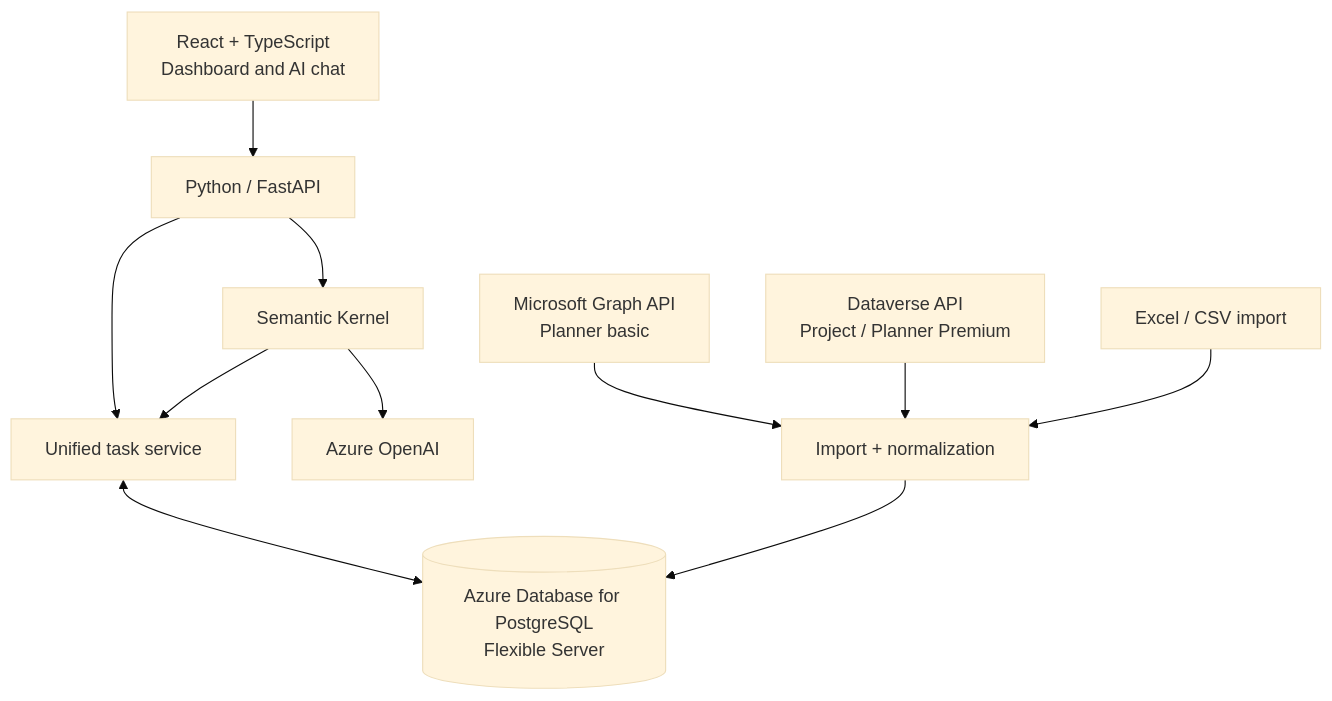
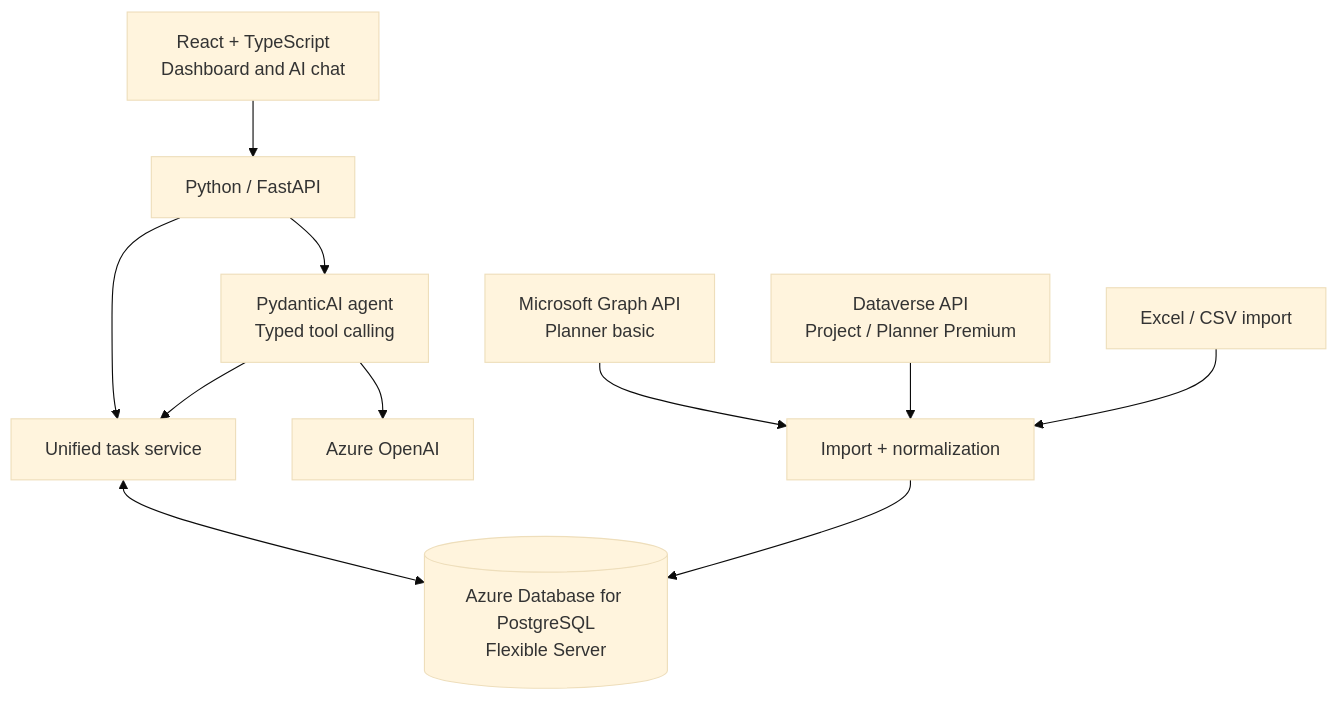
Before and after one commit to collinsbwl/Azure-ProjectOS: the diagram in README.md, drawn with Mermaid (base theme). The commit also changed other lines of this file and 2 other files, not shown here.

````diff
--- a/README.md
+++ b/README.md
@@ -38,13 +38,13 @@
 ```mermaid
 flowchart TD
     UI[React + TypeScript<br/>Dashboard and AI chat] --> API[Python / FastAPI]
     API --> TASKS[Unified task service]
-    API --> AI[Semantic Kernel]
+    API --> AI[PydanticAI agent<br/>Typed tool calling]
     AI --> AOAI[Azure OpenAI]
     AI --> TASKS
     TASKS <--> DB[(Azure Database for PostgreSQL<br/>Flexible Server)]
     GRAPH[Microsoft Graph API<br/>Planner basic] --> SYNC[Import + normalization]
     DV[Dataverse API<br/>Project / Planner Premium] --> SYNC
     XLS[Excel / CSV import] --> SYNC
     SYNC --> DB
 ```
````
